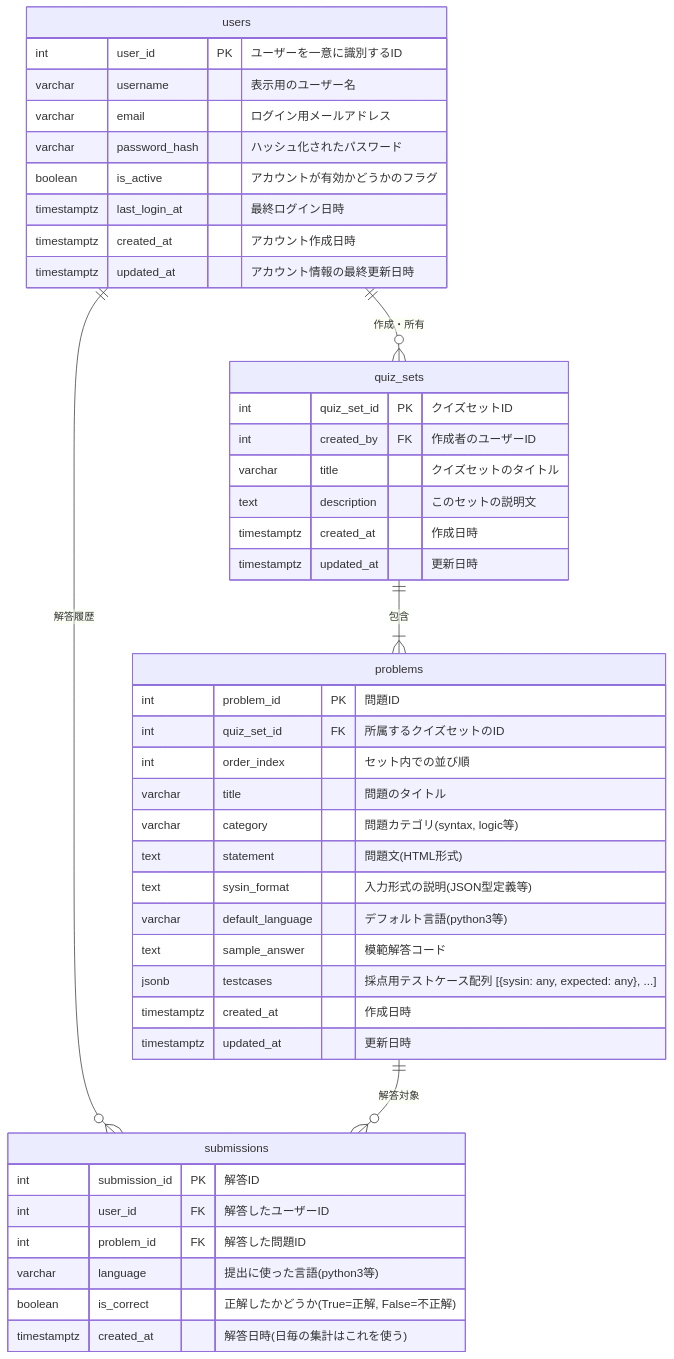
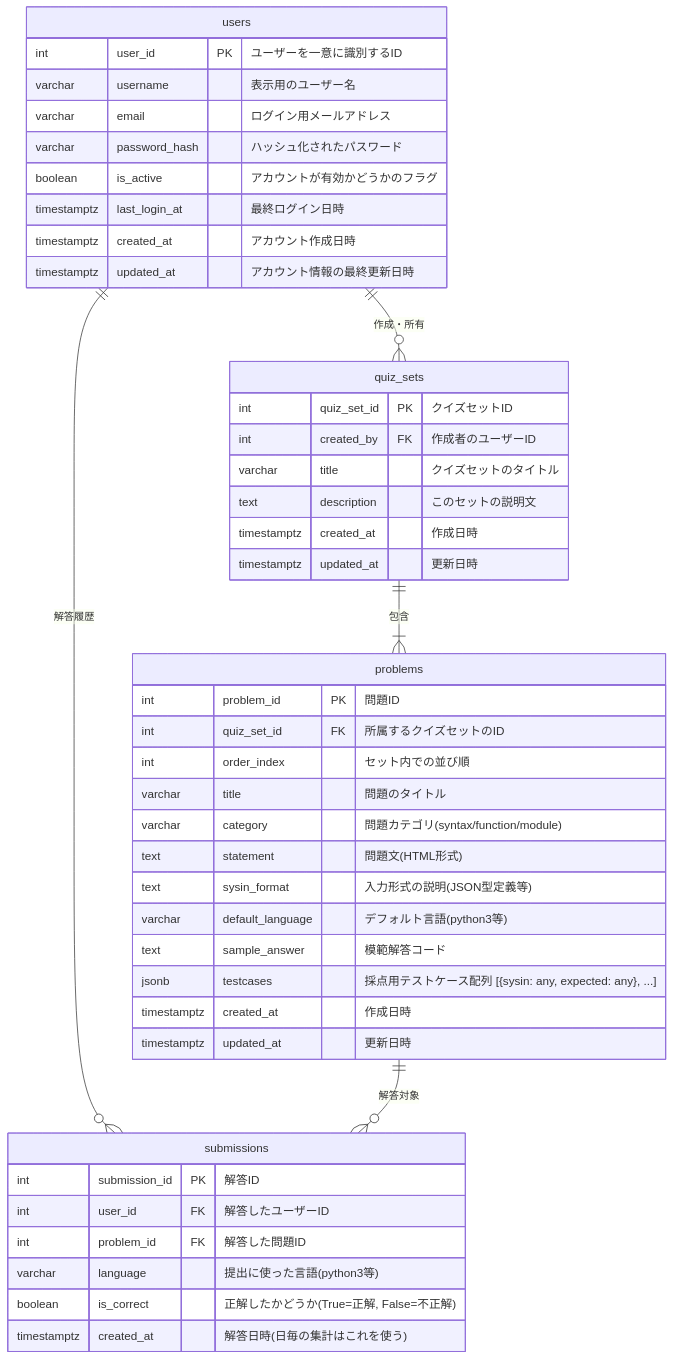
Before and after one commit to heyho99/under_code: the diagram in design_docs/er-diagram.md, drawn with Mermaid. The commit also changed 10 other files, not shown here.

````diff
--- a/design_docs/er-diagram.md
+++ b/design_docs/er-diagram.md
@@ -1,52 +1,52 @@
 ```mermaid
 erDiagram
     users ||--o{ quiz_sets : "作成・所有"
     users ||--o{ submissions : "解答履歴"
     
     quiz_sets ||--|{ problems : "包含"
     problems ||--o{ submissions : "解答対象"
 
     users {
         int user_id PK "ユーザーを一意に識別するID"
         varchar username "表示用のユーザー名"
         varchar email "ログイン用メールアドレス"
         varchar password_hash "ハッシュ化されたパスワード"
         boolean is_active "アカウントが有効かどうかのフラグ"
         timestamptz last_login_at "最終ログイン日時"
         timestamptz created_at "アカウント作成日時"
         timestamptz updated_at "アカウント情報の最終更新日時"
     }
 
     quiz_sets {
         int quiz_set_id PK "クイズセットID"
         int created_by FK "作成者のユーザーID"
         varchar title "クイズセットのタイトル"
         text description "このセットの説明文"
         timestamptz created_at "作成日時"
         timestamptz updated_at "更新日時"
     }
 
     problems {
         int problem_id PK "問題ID"
         int quiz_set_id FK "所属するクイズセットのID"
         int order_index "セット内での並び順"
         varchar title "問題のタイトル"
-        varchar category "問題カテゴリ(syntax, logic等)"
+        varchar category "問題カテゴリ(syntax/function/module)"
         text statement "問題文(HTML形式)"
         text sysin_format "入力形式の説明(JSON型定義等)"
         varchar default_language "デフォルト言語(python3等)"
         text sample_answer "模範解答コード"
         jsonb testcases "採点用テストケース配列 [{sysin: any, expected: any}, ...]"
         timestamptz created_at "作成日時"
         timestamptz updated_at "更新日時"
     }
 
     submissions {
         int submission_id PK "解答ID"
         int user_id FK "解答したユーザーID"
         int problem_id FK "解答した問題ID"
         varchar language "提出に使った言語(python3等)"
         boolean is_correct "正解したかどうか(True=正解, False=不正解)"
         timestamptz created_at "解答日時(日毎の集計はこれを使う)"
     }
 ```
````
